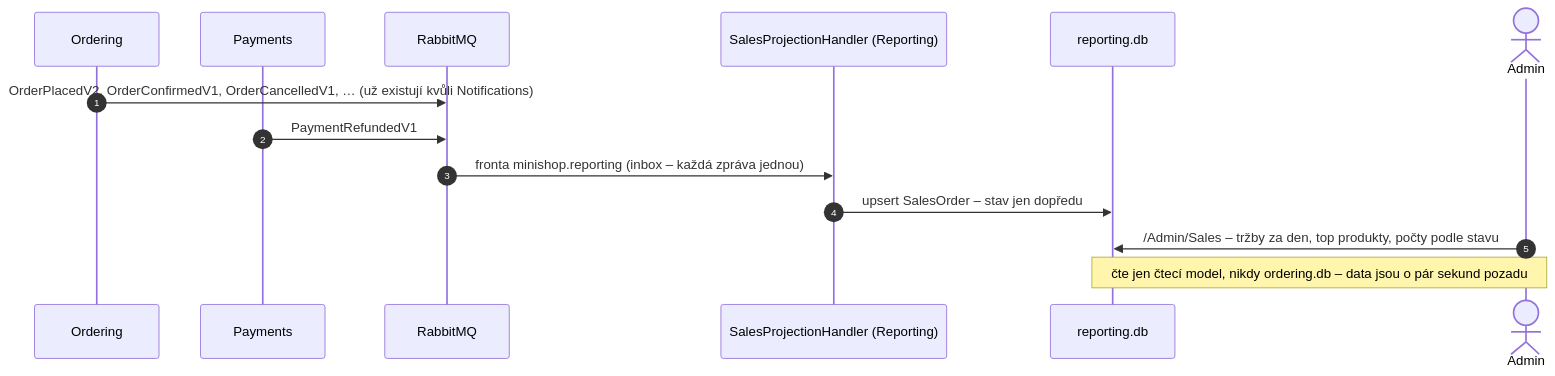
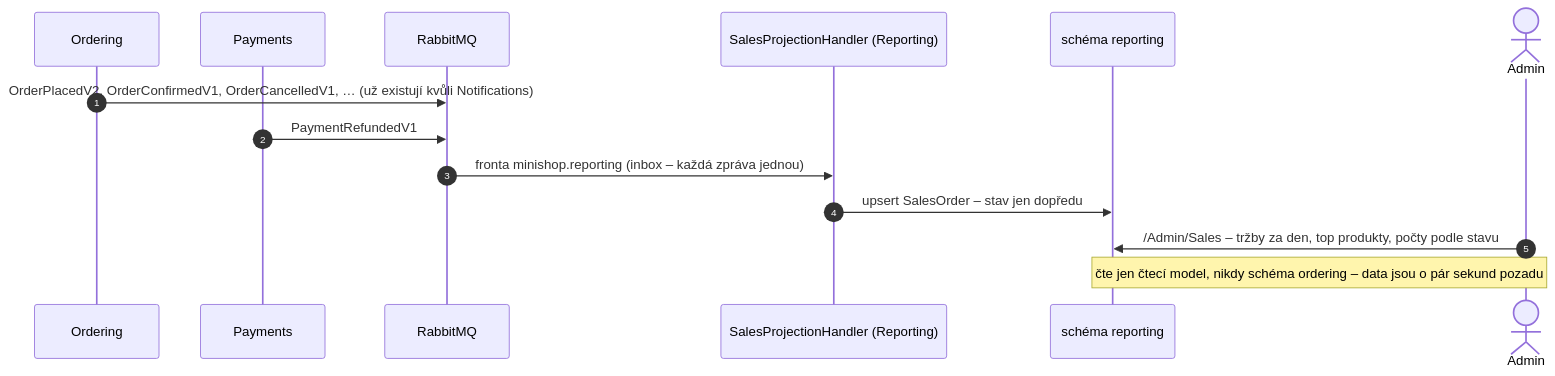
Before and after one commit to ftichy/MiniShop: the first of 2 diagrams in docs/prirucka/eda/cqrs.md, drawn with Mermaid. The commit also changed other lines of this file and 248 other files, not shown here.

````diff
--- a/docs/prirucka/eda/cqrs.md
+++ b/docs/prirucka/eda/cqrs.md
@@ -16,17 +16,17 @@
 ```mermaid
 sequenceDiagram
     autonumber
     participant O as Ordering
     participant P as Payments
     participant MQ as RabbitMQ
     participant R as SalesProjectionHandler (Reporting)
-    participant RDB as reporting.db
+    participant RDB as schéma reporting
     actor A as Admin
 
     O->>MQ: OrderPlacedV2, OrderConfirmedV1, OrderCancelledV1, … (už existují kvůli Notifications)
     P->>MQ: PaymentRefundedV1
     MQ->>R: fronta minishop.reporting (inbox – každá zpráva jednou)
     R->>RDB: upsert SalesOrder – stav jen dopředu
     A->>RDB: /Admin/Sales – tržby za den, top produkty, počty podle stavu
-    Note over A,RDB: čte jen čtecí model, nikdy ordering.db – data jsou o pár sekund pozadu
+    Note over A,RDB: čte jen čtecí model, nikdy schéma ordering – data jsou o pár sekund pozadu
 ```
````
